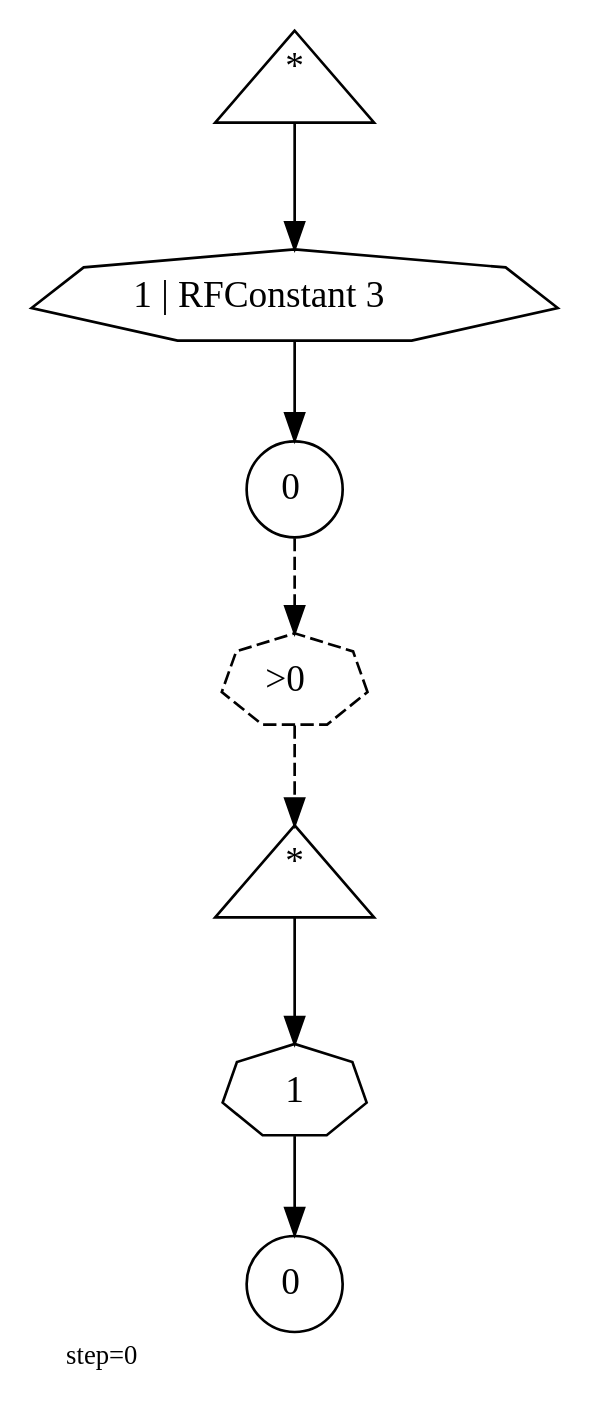
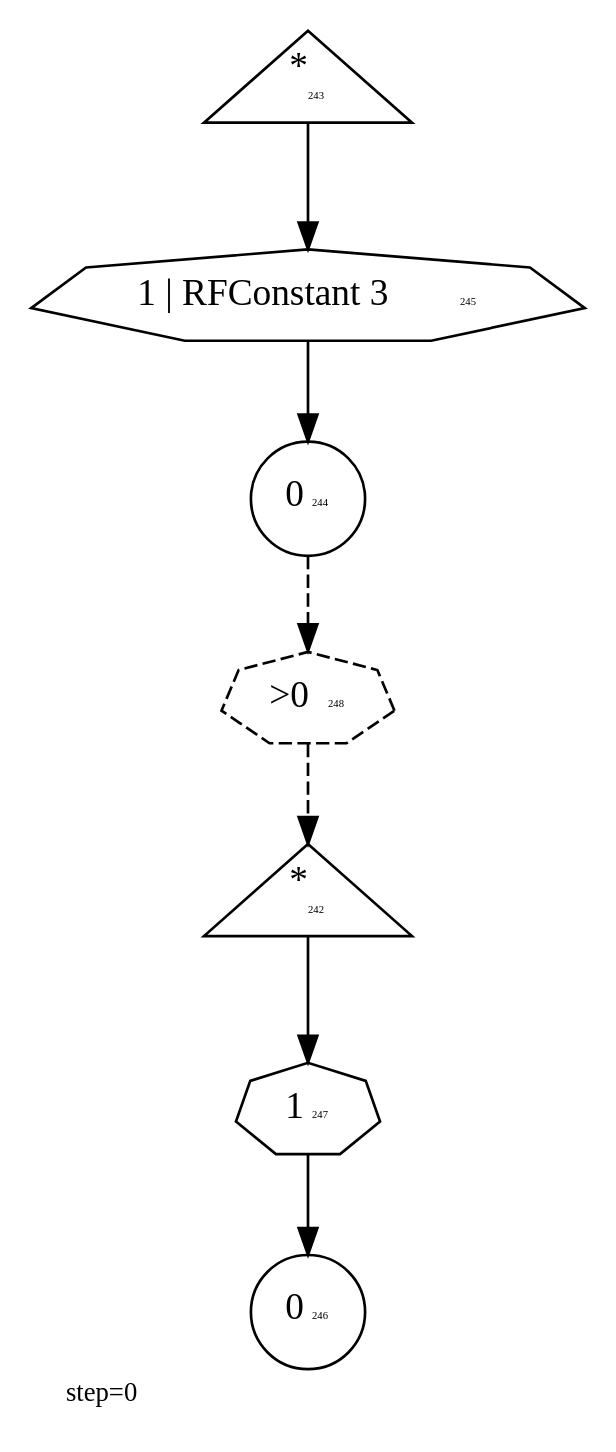
One commit to abarbu/machinations changed the diagram in ours/101-connections/0032.dot. Above: the diagram before and after it, drawn with Graphviz. The commit also changed 824 other files, not shown here.

```diff
--- a/ours/101-connections/0032.dot
+++ b/ours/101-connections/0032.dot
@@ -1,16 +1,16 @@
 digraph {
   graph  [labelloc=bottom,labeljust=left,fontsize="10",label="step=0"];
-  "242" [shape=triangle,peripheries="1",label=<<SUP>*</SUP>>,labelfontcolor=black,color=black];
-  "243" [shape=triangle,peripheries="1",label=<<SUP>*</SUP>>,labelfontcolor=black,color=black];
-  "244" [shape=circle,peripheries="1",label=<0>,labelfontcolor=black,color=black];
-  "246" [shape=circle,peripheries="1",label=<0>,labelfontcolor=black,color=black];
-  "245" [label=<1 | RFConstant 3>,peripheries="1",color=black,shape=septagon];
+  "242" [shape=triangle,peripheries="1",label=<<SUP>*</SUP><FONT POINT-SIZE='4'>242</FONT>>,labelfontcolor=black,color=black];
+  "243" [shape=triangle,peripheries="1",label=<<SUP>*</SUP><FONT POINT-SIZE='4'>243</FONT>>,labelfontcolor=black,color=black];
+  "244" [shape=circle,peripheries="1",label=<0<FONT POINT-SIZE='4'>244</FONT>>,labelfontcolor=black,color=black];
+  "246" [shape=circle,peripheries="1",label=<0<FONT POINT-SIZE='4'>246</FONT>>,labelfontcolor=black,color=black];
+  "245" [label=<1 | RFConstant 3<FONT POINT-SIZE='4'>245</FONT>>,peripheries="1",color=black,shape=septagon];
   "243" -> "245" [color=black];
   "245" -> "244" [color=black];
-  "247" [label=<1>,peripheries="1",color=black,shape=septagon];
+  "247" [label=<1<FONT POINT-SIZE='4'>247</FONT>>,peripheries="1",color=black,shape=septagon];
   "242" -> "247" [color=black];
   "247" -> "246" [color=black];
-  "248" [label=<&gt;0>,peripheries="1",color=black,style=dashed,shape=septagon];
+  "248" [label=<&gt;0<FONT POINT-SIZE='4'>248</FONT>>,peripheries="1",color=black,style=dashed,shape=septagon];
   "244" -> "248" [style=dashed,color=black];
   "248" -> "242" [style=dashed,color=black];
 }
```
